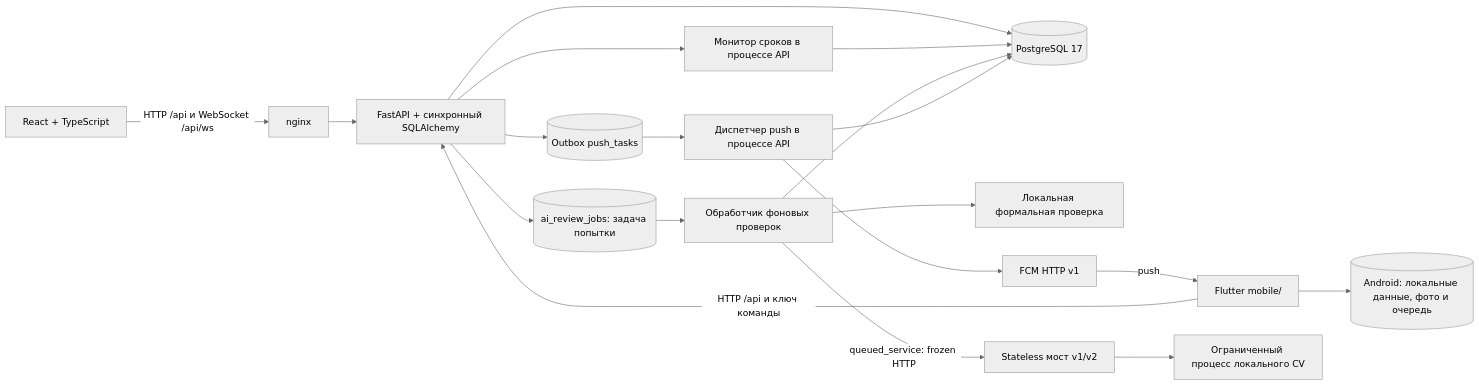
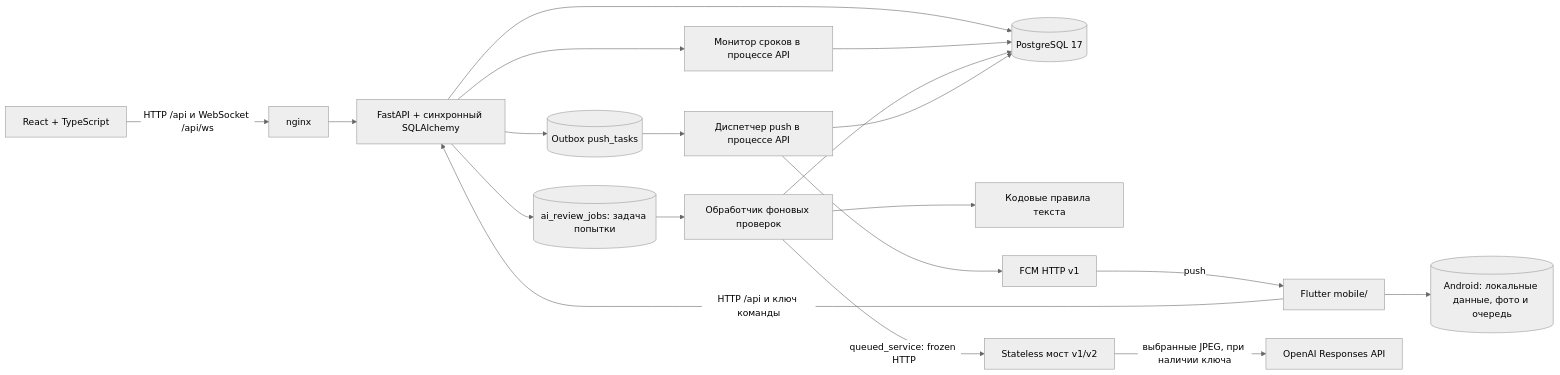
Before and after one commit to bshakaryan/km_case_hack: the first of 2 diagrams in docs/architecture.md, drawn with Mermaid (neutral theme). The commit also changed other lines of this file and 43 other files, not shown here.

````diff
--- a/docs/architecture.md
+++ b/docs/architecture.md
@@ -13,21 +13,21 @@
 ```mermaid
 flowchart LR
   B[React + TypeScript] -->|HTTP /api и WebSocket /api/ws| N[nginx]
   N --> A[FastAPI + синхронный SQLAlchemy]
   F[Flutter mobile/] -->|HTTP /api и ключ команды| A
   F --> L[(Android: локальные данные, фото и очередь)]
   A --> D[(PostgreSQL 17)]
   A --> M[Монитор сроков в процессе API]
   M --> D
   A --> J[(ai_review_jobs: задача попытки)]
   J --> W[Обработчик фоновых проверок]
-  W --> S[Локальная формальная проверка]
+  W --> S[Кодовые правила текста]
   W -->|queued_service: frozen HTTP| AI[Stateless мост v1/v2]
-  AI --> CV[Ограниченный процесс локального CV]
+  AI -->|выбранные JPEG, при наличии ключа| OAI[OpenAI Responses API]
   W --> D
   A --> O[(Outbox push_tasks)]
   O --> DISP[Диспетчер push в процессе API]
   DISP --> D
   DISP --> FCM[FCM HTTP v1]
   FCM -->|push| F
 ```
````
